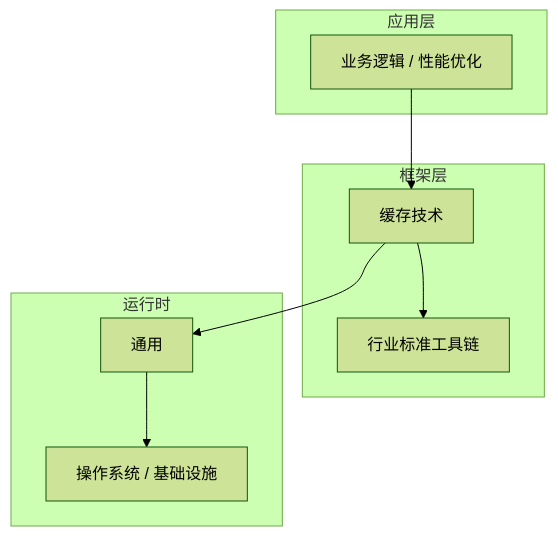
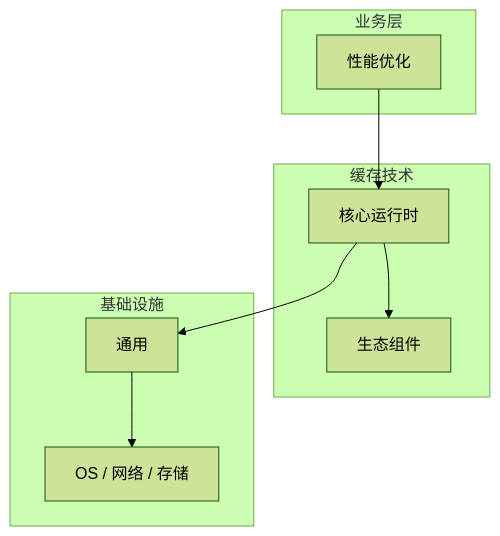
Before and after one commit to yanggan2015/knowledge-json-v2: the diagram in articles/缓存技术/chapters/071-性能优化核心概念与原理.md, drawn with Mermaid (forest theme). The commit also changed other lines of this file and 10127 other files, not shown here.

````diff
--- a/articles/缓存技术/chapters/071-性能优化核心概念与原理.md
+++ b/articles/缓存技术/chapters/071-性能优化核心概念与原理.md
@@ -45,18 +34,18 @@
 ```mermaid
 graph TB
-    subgraph 应用层
-        A[业务逻辑 / 性能优化]
+    subgraph 业务层
+        A[性能优化]
     end
-    subgraph 框架层
-        B[缓存技术]
-        C[行业标准工具链]
+    subgraph 缓存技术
+        B[核心运行时]
+        C[生态组件]
     end
-    subgraph 运行时
+    subgraph 基础设施
         D[通用]
-        E[操作系统 / 基础设施]
+        E[OS / 网络 / 存储]
     end
     A --> B
     B --> C
     B --> D
     D --> E
 ```
````
